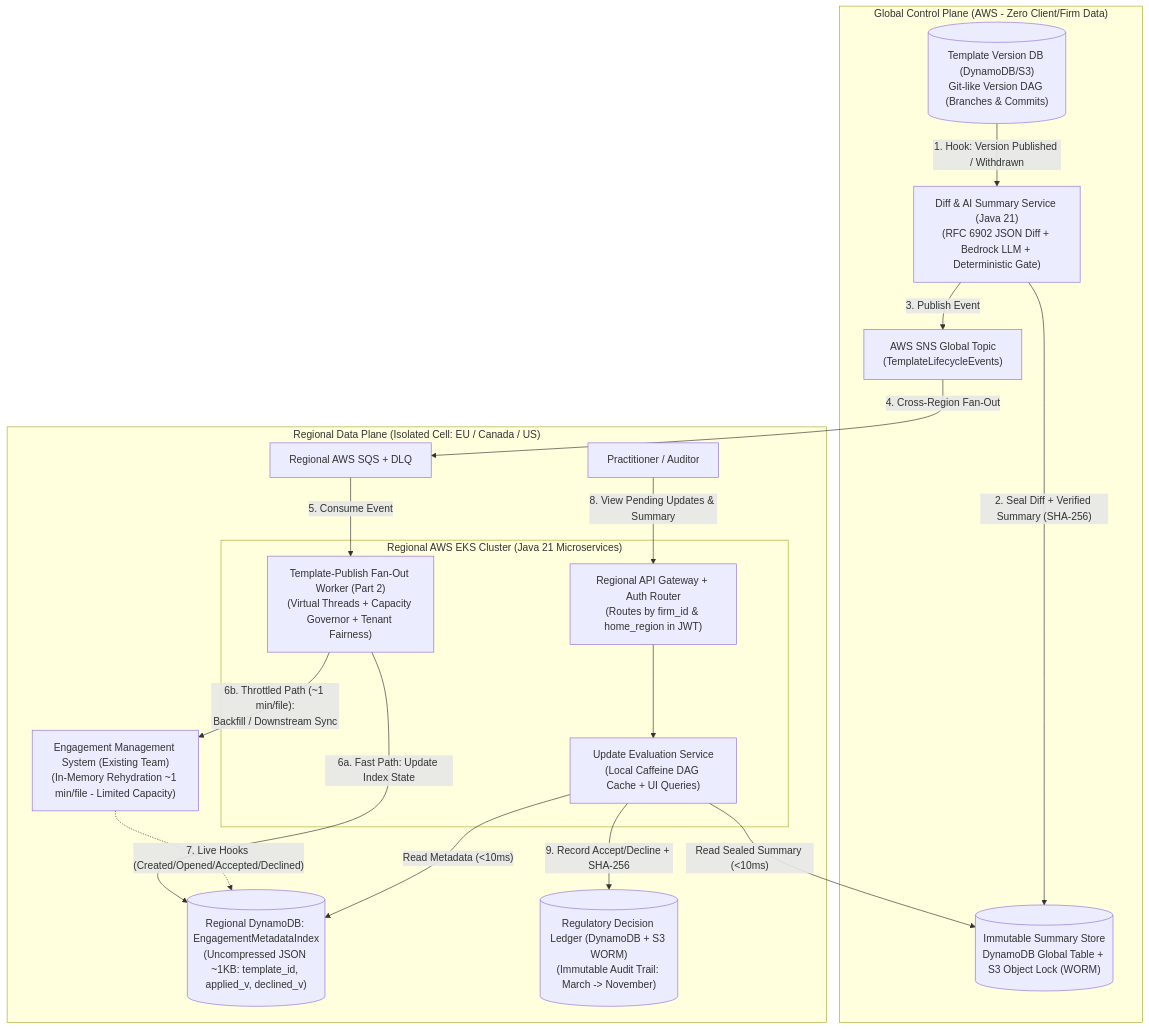
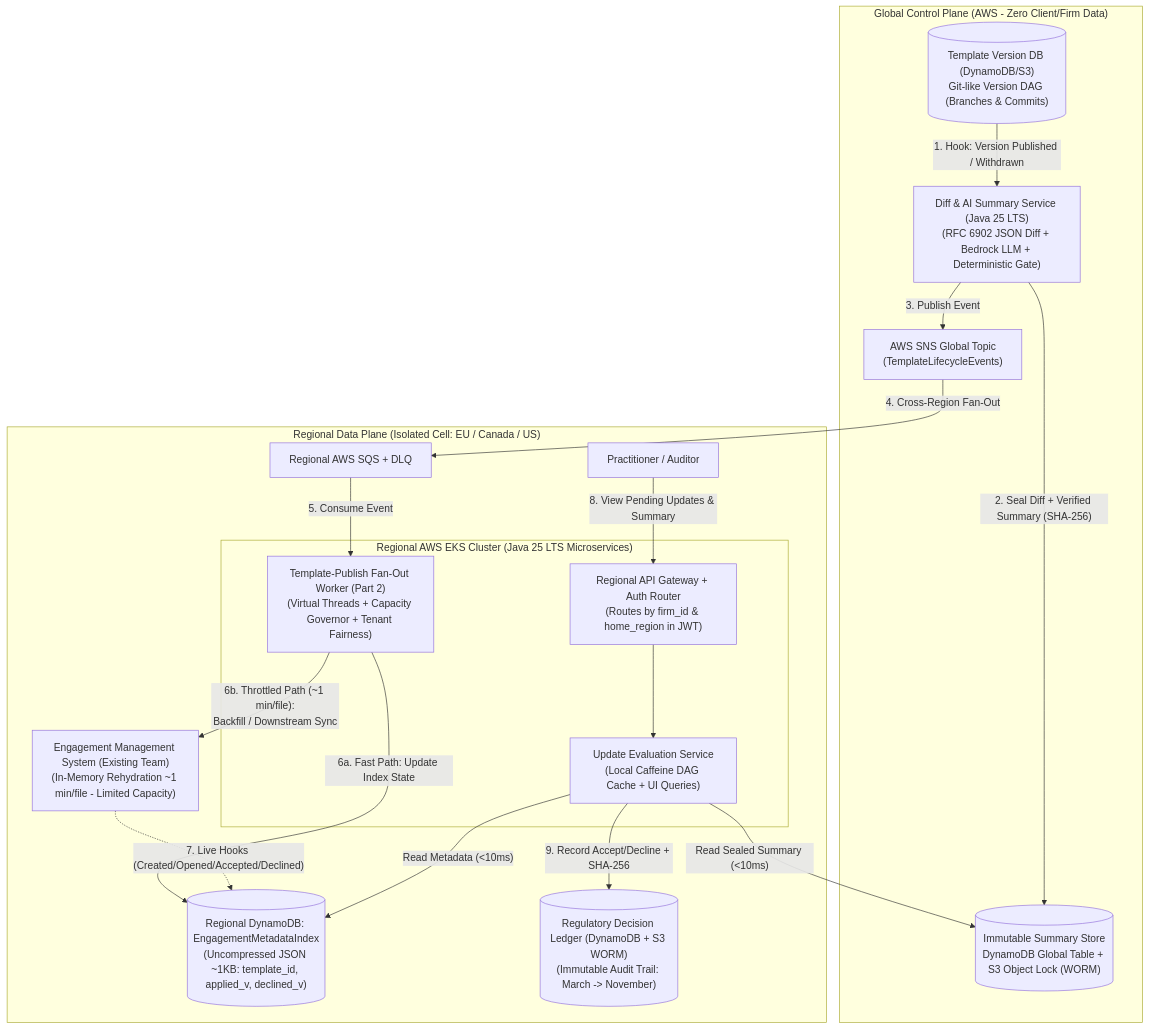
The diagram in docs/DESIGN_DOCUMENT.md (dgomez84/caseWareTest), drawn with Mermaid before and after one commit. The commit also changed other lines of this file and 3 other files, not shown here.

First line of the commit message:
docs(java25): align architecture diagrams and documentation references to Java 25 LTS

````diff
--- a/docs/DESIGN_DOCUMENT.md
+++ b/docs/DESIGN_DOCUMENT.md
@@ -10,39 +10,39 @@
 ```mermaid
 flowchart TB
     subgraph Global["Global Control Plane (AWS - Zero Client/Firm Data)"]
         TDB[("Template Version DB (DynamoDB/S3)\nGit-like Version DAG (Branches & Commits)")]
-        DIFF["Diff & AI Summary Service (Java 21)\n(RFC 6902 JSON Diff + Bedrock LLM + Deterministic Gate)"]
+        DIFF["Diff & AI Summary Service (Java 25 LTS)\n(RFC 6902 JSON Diff + Bedrock LLM + Deterministic Gate)"]
         SUM_STORE[("Immutable Summary Store\nDynamoDB Global Table + S3 Object Lock (WORM)")]
         SNS["AWS SNS Global Topic\n(TemplateLifecycleEvents)"]
         
         TDB -->|"1. Hook: Version Published / Withdrawn"| DIFF
         DIFF -->|"2. Seal Diff + Verified Summary (SHA-256)"| SUM_STORE
         DIFF -->|"3. Publish Event"| SNS
     end
 
     subgraph Regional["Regional Data Plane (Isolated Cell: EU / Canada / US)"]
         SQS["Regional AWS SQS + DLQ"]
         SNS -->|"4. Cross-Region Fan-Out"| SQS
 
-        subgraph EKS["Regional AWS EKS Cluster (Java 21 Microservices)"]
+        subgraph EKS["Regional AWS EKS Cluster (Java 25 LTS Microservices)"]
             GATEWAY["Regional API Gateway + Auth Router\n(Routes by firm_id & home_region in JWT)"]
             QUERY_API["Update Evaluation Service\n(Local Caffeine DAG Cache + UI Queries)"]
             WORKER["Template-Publish Fan-Out Worker (Part 2)\n(Virtual Threads + Capacity Governor + Tenant Fairness)"]
         end
 
         META[("Regional DynamoDB: EngagementMetadataIndex\n(Uncompressed JSON ~1KB: template_id, applied_v, declined_v)")]
         AUDIT[("Regulatory Decision Ledger (DynamoDB + S3 WORM)\n(Immutable Audit Trail: March -> November)")]
         LEGACY["Engagement Management System (Existing Team)\n(In-Memory Rehydration ~1 min/file - Limited Capacity)"]
 
         SQS -->|"5. Consume Event"| WORKER
         WORKER -->|"6a. Fast Path: Update Index State"| META
         WORKER -->|"6b. Throttled Path (~1 min/file):\nBackfill / Downstream Sync"| LEGACY
         LEGACY -.->|"7. Live Hooks (Created/Opened/Accepted/Declined)"| META
 
         AUDITOR["Practitioner / Auditor"] -->|"8. View Pending Updates & Summary"| GATEWAY
         GATEWAY --> QUERY_API
         QUERY_API -->|"Read Metadata (<10ms)"| META
         QUERY_API -->|"Read Sealed Summary (<10ms)"| SUM_STORE
         QUERY_API -->|"9. Record Accept/Decline + SHA-256"| AUDIT
     end
 ```
````
